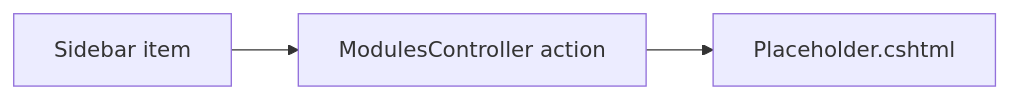
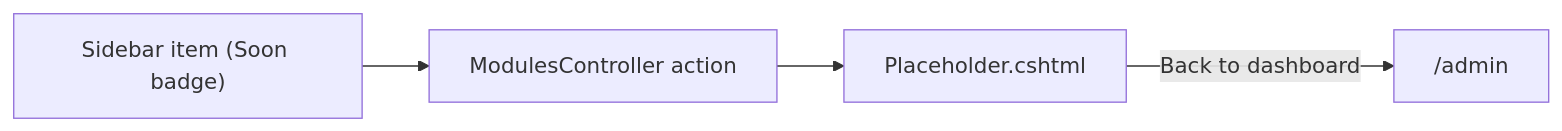
The diagram in .docs/pages/module-placeholders.md (Albadit/DotNetForge), drawn with Mermaid before and after one commit. The commit also changed other lines of this file and 454 other files, not shown here.

````diff
--- a/.docs/pages/module-placeholders.md
+++ b/.docs/pages/module-placeholders.md
@@ -64,4 +73,5 @@
 ```mermaid
 flowchart LR
-    A[Sidebar item] --> B[ModulesController action] --> C["Placeholder.cshtml"]
+    A["Sidebar item (Soon badge)"] --> B[ModulesController action] --> C["Placeholder.cshtml"]
+    C -- "Back to dashboard" --> D["/admin"]
 ```
````
